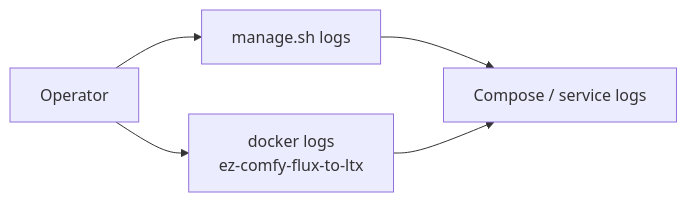
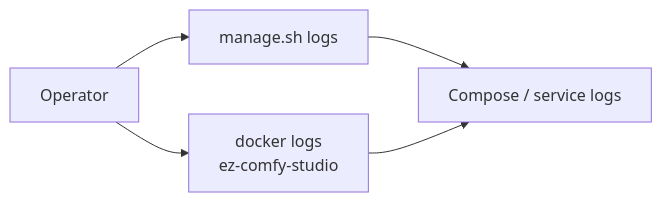
Before and after one commit to toxicoder/ez-comfy-stack: the second of 3 diagrams in docs/troubleshooting.md, drawn with Mermaid. The commit also changed other lines of this file and 142 other files, not shown here.

````diff
--- a/docs/troubleshooting.md
+++ b/docs/troubleshooting.md
@@ -190,7 +204,7 @@
 ```mermaid
 flowchart LR
   Op["Operator"] --> M["manage.sh logs"]
-  Op --> D["docker logs<br/>ez-comfy-flux-to-ltx"]
+  Op --> D["docker logs<br/>ez-comfy-studio"]
   M --> Out["Compose / service logs"]
   D --> Out
 ```
````
